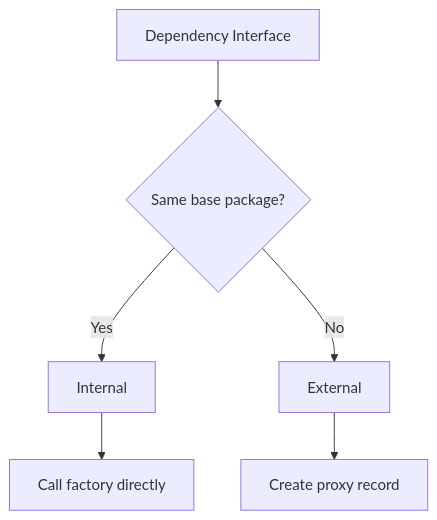
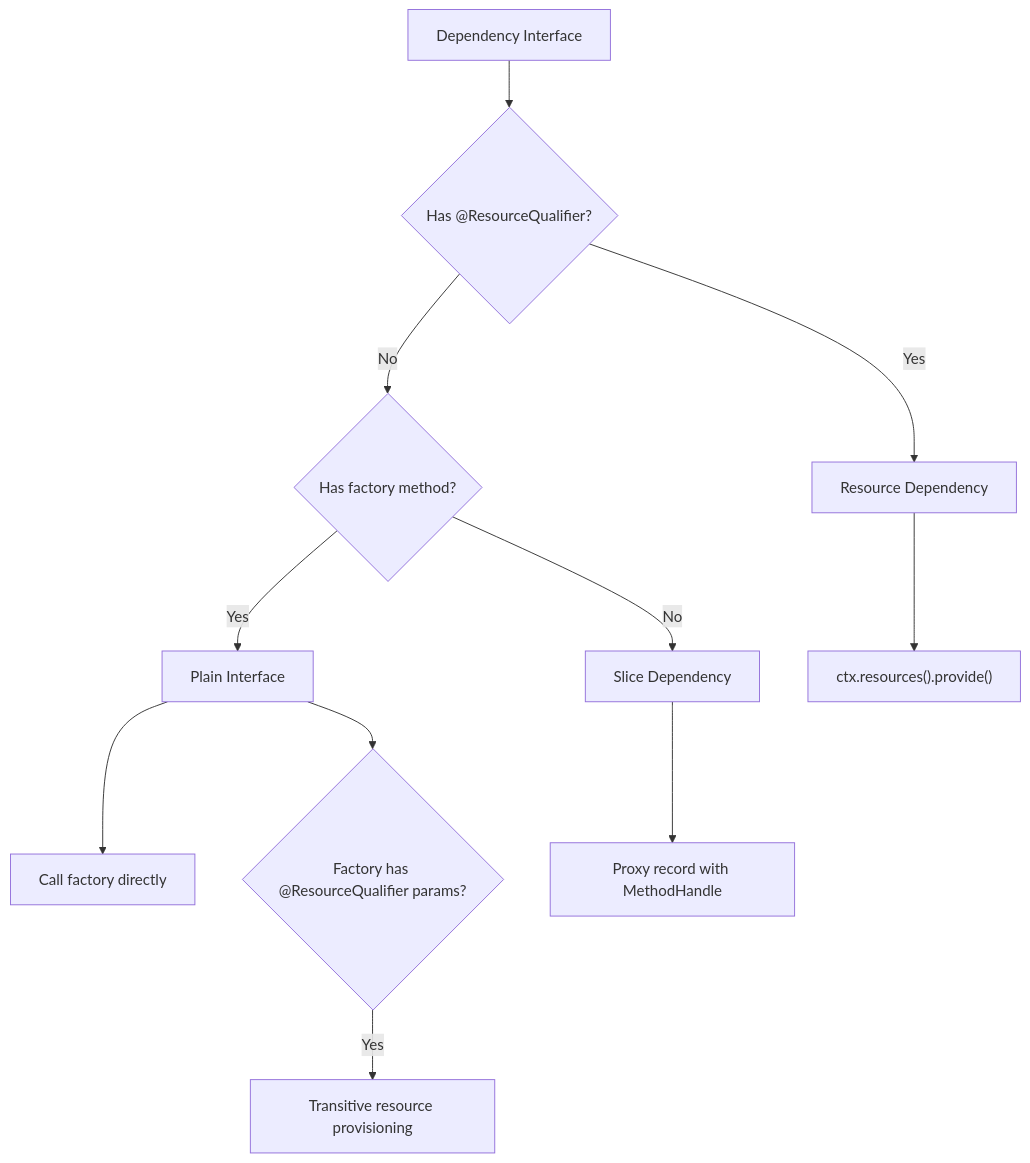
The third of 5 diagrams in aether/docs/contributors/slice-architecture.md (pragmaticalabs/pragmatica), drawn with Mermaid before and after one commit. The commit also changed other lines of this file and 5 other files, not shown here.

Commit message:
docs: update resource provisioning documentation across all layers

````diff
--- a/aether/docs/contributors/slice-architecture.md
+++ b/aether/docs/contributors/slice-architecture.md
@@ -103,8 +103,13 @@
 ```mermaid
 flowchart TD
-    D["Dependency Interface"] --> C{"Same base package?"}
-    C -->|Yes| I["Internal"]
-    C -->|No| E["External"]
-    I --> IF["Call factory directly"]
-    E --> EP["Create proxy record"]
+    D["Dependency Interface"] --> RQ{"Has @ResourceQualifier?"}
+    RQ -->|Yes| R["Resource Dependency"]
+    RQ -->|No| FM{"Has factory method?"}
+    FM -->|Yes| P["Plain Interface"]
+    FM -->|No| S["Slice Dependency"]
+    R --> RP["ctx.resources().provide()"]
+    P --> PF["Call factory directly"]
+    P --> PT{"Factory has @ResourceQualifier params?"}
+    PT -->|Yes| TR["Transitive resource provisioning"]
+    S --> SP["Proxy record with MethodHandle"]
 ```
````
